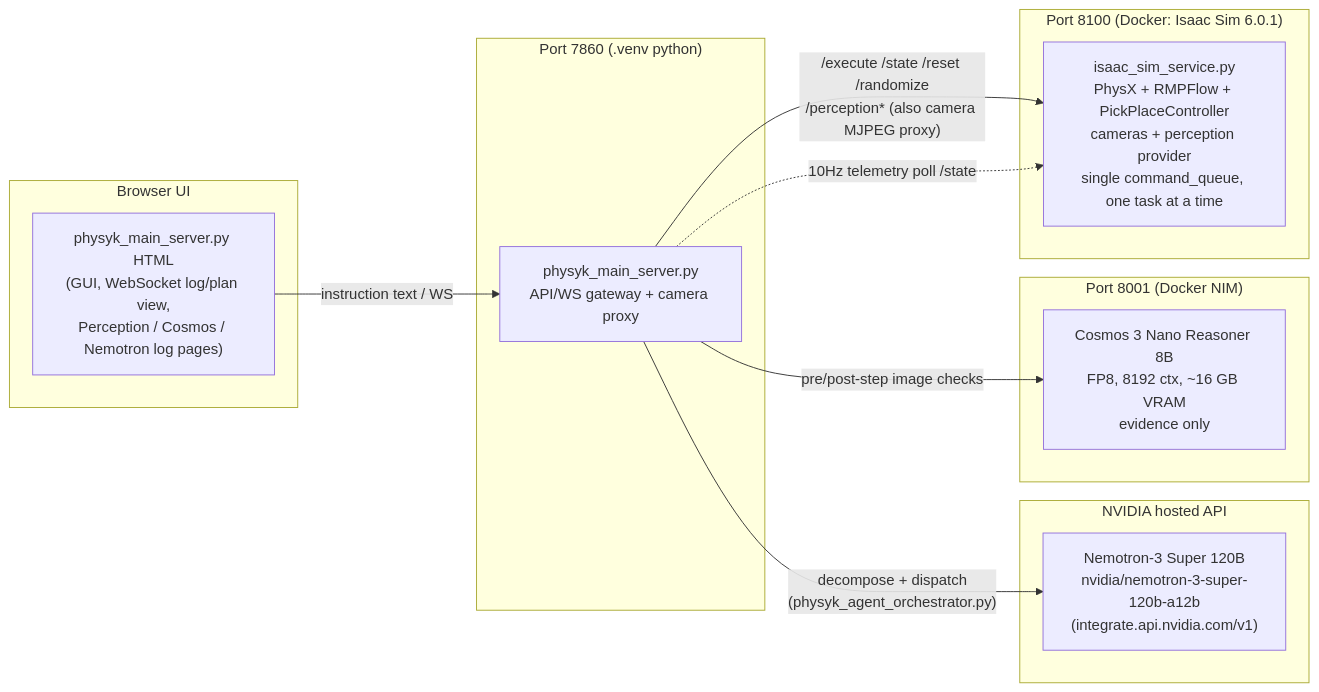
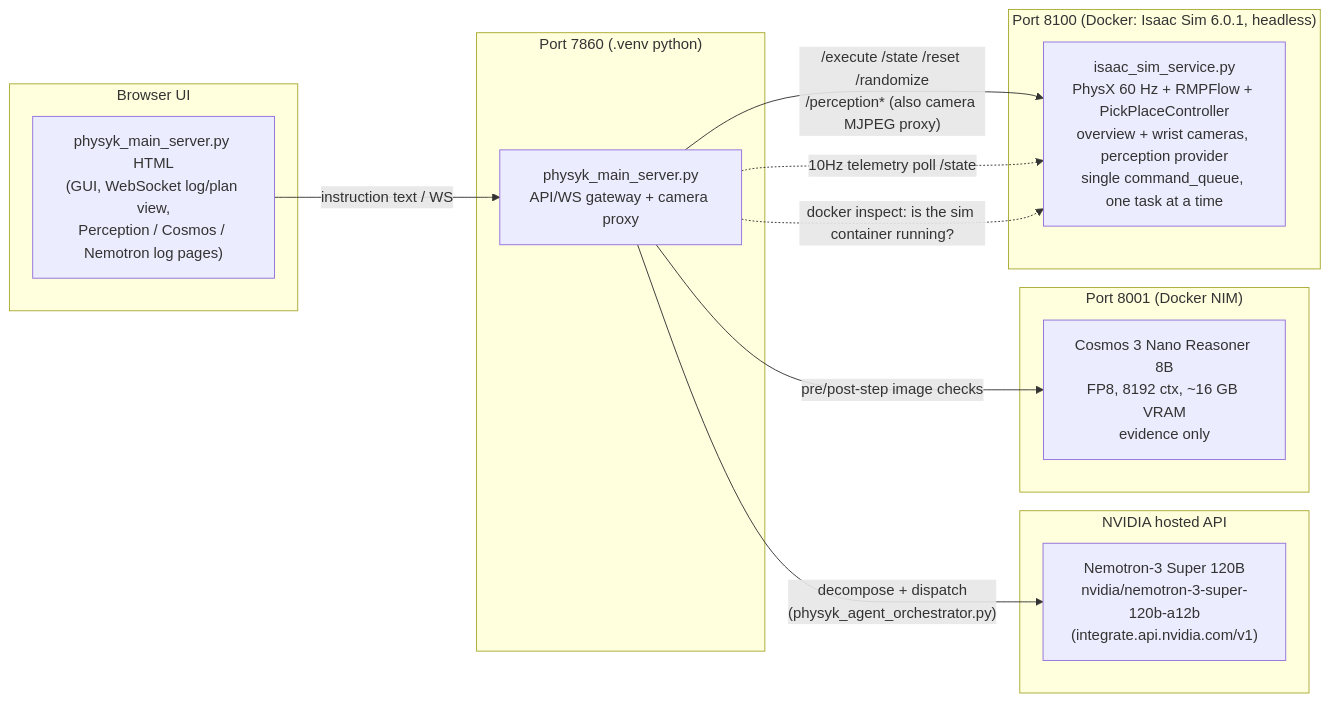
One commit to Devv-262/Physyk_AI changed the first of 4 diagrams in ARCHITECTURE.md. Above: the diagram before and after it, drawn with Mermaid. The commit also changed other lines of this file and 14 other files, not shown here.

````diff
--- a/ARCHITECTURE.md
+++ b/ARCHITECTURE.md
@@ -25,28 +29,29 @@
 ```mermaid
 flowchart LR
     subgraph Browser["Browser UI"]
         UI["physyk_main_server.py HTML\n(GUI, WebSocket log/plan view,\nPerception / Cosmos / Nemotron log pages)"]
     end
 
     subgraph Bridge["Port 7860 (.venv python)"]
         MAIN["physyk_main_server.py\nAPI/WS gateway + camera proxy"]
     end
 
     subgraph Cognitive["NVIDIA hosted API"]
         NEMO["Nemotron-3 Super 120B\nnvidia/nemotron-3-super-120b-a12b\n(integrate.api.nvidia.com/v1)"]
     end
 
     subgraph Vision["Port 8001 (Docker NIM)"]
         COSMOS["Cosmos 3 Nano Reasoner 8B\nFP8, 8192 ctx, ~16 GB VRAM\nevidence only"]
     end
 
-    subgraph Physics["Port 8100 (Docker: Isaac Sim 6.0.1)"]
-        SIM["isaac_sim_service.py\nPhysX + RMPFlow + PickPlaceController\ncameras + perception provider\nsingle command_queue, one task at a time"]
+    subgraph Physics["Port 8100 (Docker: Isaac Sim 6.0.1, headless)"]
+        SIM["isaac_sim_service.py\nPhysX 60 Hz + RMPFlow + PickPlaceController\noverview + wrist cameras, perception provider\nsingle command_queue, one task at a time"]
     end
 
     UI -- "instruction text / WS" --> MAIN
     MAIN -- "decompose + dispatch\n(physyk_agent_orchestrator.py)" --> NEMO
     MAIN -- "/execute /state /reset /randomize\n/perception* (also camera MJPEG proxy)" --> SIM
     MAIN -- "pre/post-step image checks" --> COSMOS
     MAIN -. "10Hz telemetry poll /state" .-> SIM
+    MAIN -. "docker inspect: is the sim container running?" .-> SIM
 ```
````
